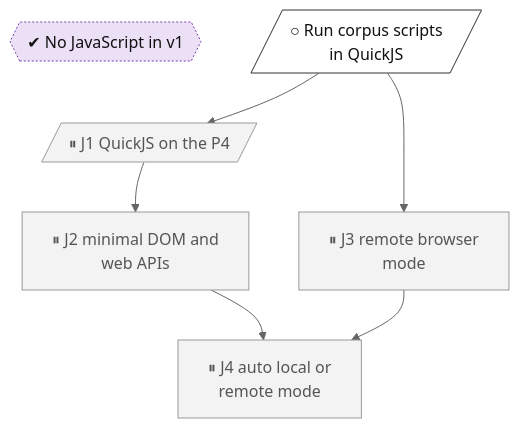
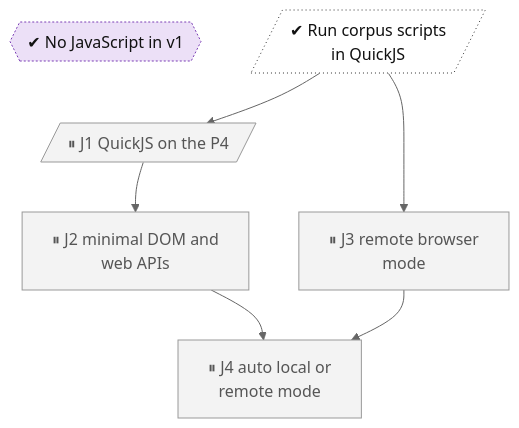
One commit to lhns/embedded-browser changed the diagram in docs/roadmap/tracks/js.md. Above: the diagram before and after it, drawn with Mermaid (neutral theme). The commit also changed other lines of this file and 10 other files, not shown here.

Commit message:
js-spike: results, 32-bit and size measurements, roadmap update

````diff
--- a/docs/roadmap/tracks/js.md
+++ b/docs/roadmap/tracks/js.md
@@ -10,37 +10,37 @@
 ```mermaid
 flowchart TB
     js_no_js_in_v1{{"✔ No JavaScript in v1"}}
-    js_host_spike[/"○ Run corpus scripts<br/>in QuickJS"/]
+    js_host_spike[/"✔ Run corpus scripts<br/>in QuickJS"/]
     js_j1_quickjs_on_p4[/"⏸ J1 QuickJS on the P4"/]
     js_j2_minimal_dom_apis["⏸ J2 minimal DOM and<br/>web APIs"]
     js_j3_remote_mode["⏸ J3 remote browser<br/>mode"]
     js_j4_auto_mode["⏸ J4 auto local or<br/>remote mode"]
     js_no_js_in_v1 ~~~ js_j1_quickjs_on_p4
     js_host_spike ~~~ js_j1_quickjs_on_p4
     js_j1_quickjs_on_p4 ~~~ js_j2_minimal_dom_apis
     js_j1_quickjs_on_p4 ~~~ js_j3_remote_mode
     js_j2_minimal_dom_apis ~~~ js_j4_auto_mode
     js_j3_remote_mode ~~~ js_j4_auto_mode
     js_host_spike --> js_j1_quickjs_on_p4
     js_j1_quickjs_on_p4 --> js_j2_minimal_dom_apis
     js_host_spike --> js_j3_remote_mode
     js_j2_minimal_dom_apis --> js_j4_auto_mode
     js_j3_remote_mode --> js_j4_auto_mode
     classDef vsucc fill:#2e9e4f,stroke:#1b6b34,color:#fff
     classDef succ fill:#bfe8c8,stroke:#2e9e4f,color:#111
     classDef mixed fill:#ffd37a,stroke:#c98a00,color:#111
     classDef bad fill:#f28b82,stroke:#b3261e,color:#111
     classDef dead fill:#e6e6e6,stroke:#777,stroke-dasharray:5 5,color:#555
     classDef inprog fill:#a8cdf5,stroke:#1f6fc5,color:#111
     classDef next fill:#fff,stroke:#333,color:#111
     classDef blocked fill:#fff,stroke:#b3261e,stroke-dasharray:2 2,color:#111
     classDef parked fill:#f3f3f3,stroke:#999,color:#555
     classDef unrated fill:#fff,stroke:#333,stroke-dasharray:1 3,color:#111
     classDef gate fill:#d9c2f0,stroke:#7b3fb5,color:#111
     classDef decided fill:#ece0f7,stroke:#7b3fb5,stroke-dasharray:2 2,color:#111
     classDef finding fill:#ffe0b2,stroke:#d84315,stroke-width:2px,color:#111
     classDef waiting fill:#e3f2fd,stroke:#1f6fc5,stroke-dasharray:5 5,color:#111
     class js_no_js_in_v1 decided
-    class js_host_spike next
+    class js_host_spike unrated
     class js_j1_quickjs_on_p4,js_j2_minimal_dom_apis,js_j3_remote_mode,js_j4_auto_mode parked
 ```
````
